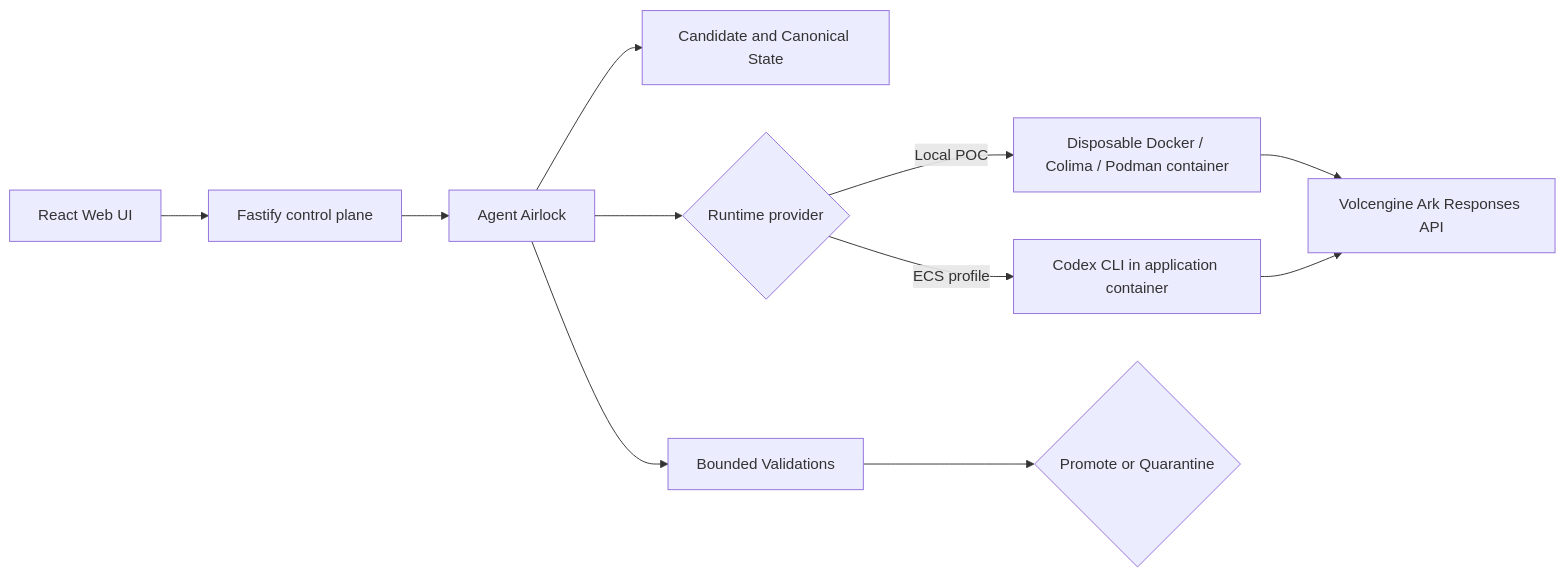
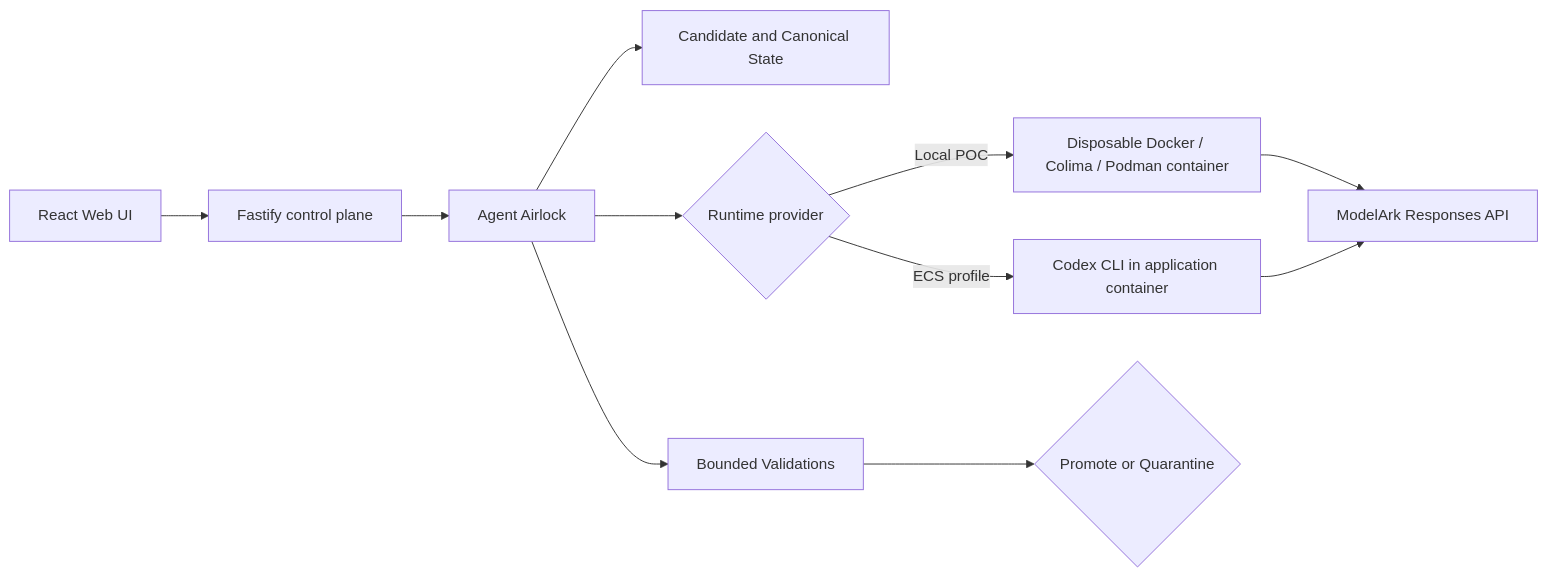
One commit to Kk120306/agent-airlock changed the diagram in README.md. Above: the diagram before and after it, drawn with Mermaid. The commit also changed other lines of this file and 9 other files, not shown here.

Commit message:
fix: harden local ModelArk setup

````diff
--- a/README.md
+++ b/README.md
@@ -222,13 +223,13 @@
 ```mermaid
 flowchart LR
     UI["React Web UI"] --> API["Fastify control plane"]
     API --> Airlock["Agent Airlock"]
     Airlock --> Store["Candidate and Canonical State"]
     Airlock --> Runtime{"Runtime provider"}
     Runtime -->|Local POC| Container["Disposable Docker / Colima / Podman container"]
     Runtime -->|ECS profile| Codex["Codex CLI in application container"]
     Airlock --> Validate["Bounded Validations"]
     Validate --> Decision{"Promote or Quarantine"}
-    Container --> Ark["Volcengine Ark Responses API"]
+    Container --> Ark["ModelArk Responses API"]
     Codex --> Ark
 ```
````
